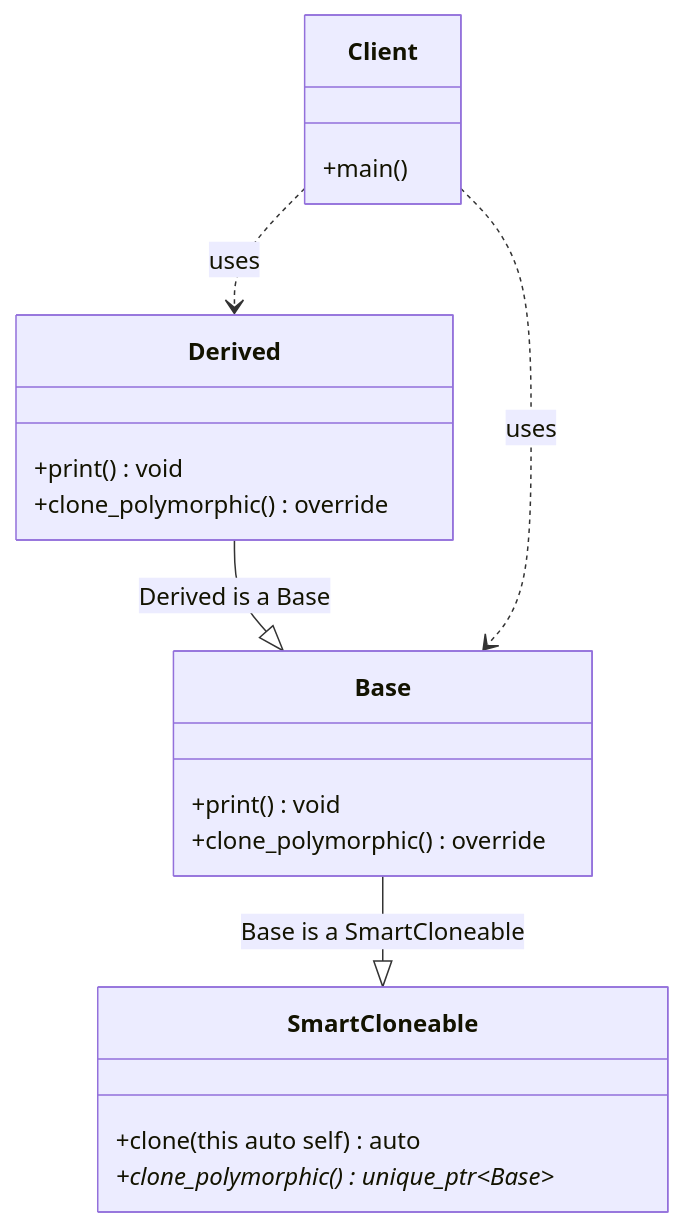
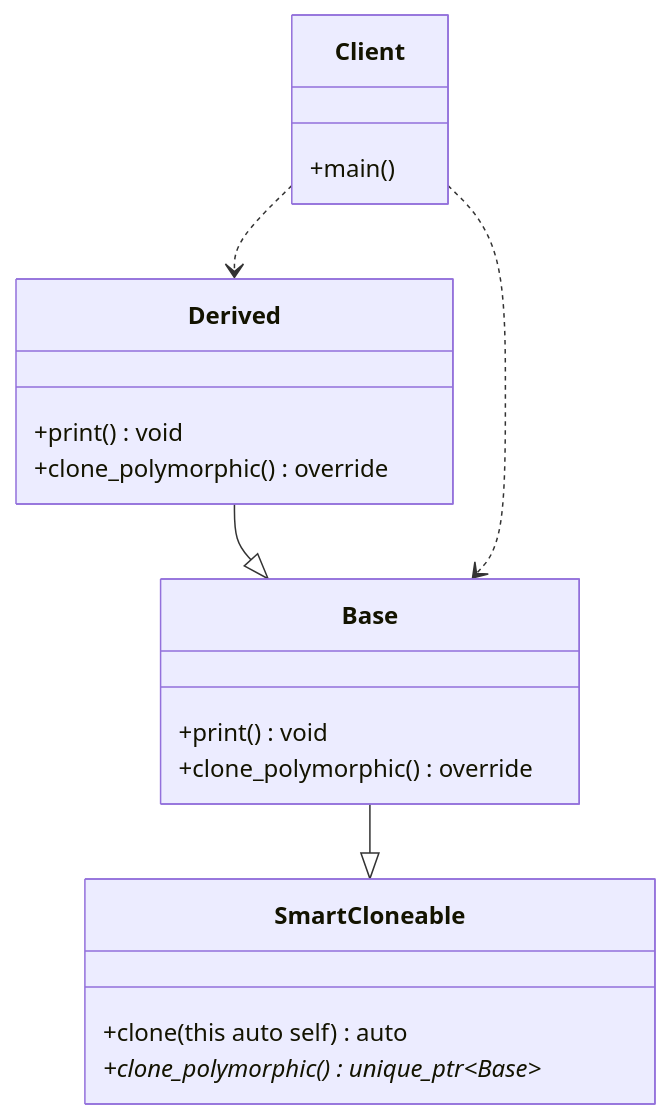
One commit to MarioGalindoQ/Modern-CPP-Design-Patterns changed the diagram in 04_Prototype/02_Deducing_this/diagram.md. Above: the diagram before and after it, drawn with Mermaid.

Commit message:
Adding Deducing This from C++23

````diff
--- a/04_Prototype/02_Deducing_this/diagram.md
+++ b/04_Prototype/02_Deducing_this/diagram.md
@@ -3,29 +3,29 @@
 ```mermaid
 classDiagram
    class SmartCloneable {
       +clone(this auto self) auto
       +clone_polymorphic()* unique_ptr~Base~
    }
 
    class Base {
       +print() void
       +clone_polymorphic() override
    }
 
    class Derived {
       +print() void
       +clone_polymorphic() override
    }
 
    class Client {
       +main()
    }
 
    %% Relationships based on your symbology
-   Derived --|> Base : Derived is a Base
-   Base --|> SmartCloneable : Base is a SmartCloneable
+   Derived --|> Base
+   Base --|> SmartCloneable
 
    %% The Client uses the classes to perform cloning
-   Client ..> Base : uses
-   Client ..> Derived : uses
+   Client ..> Base
+   Client ..> Derived
 ```
````
